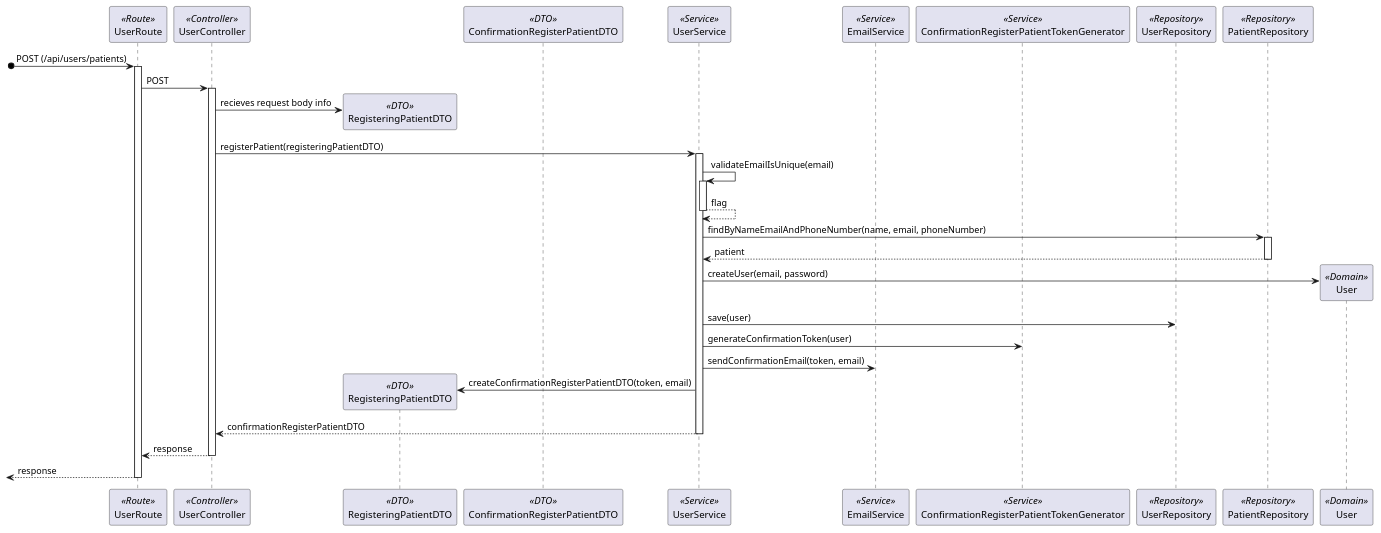
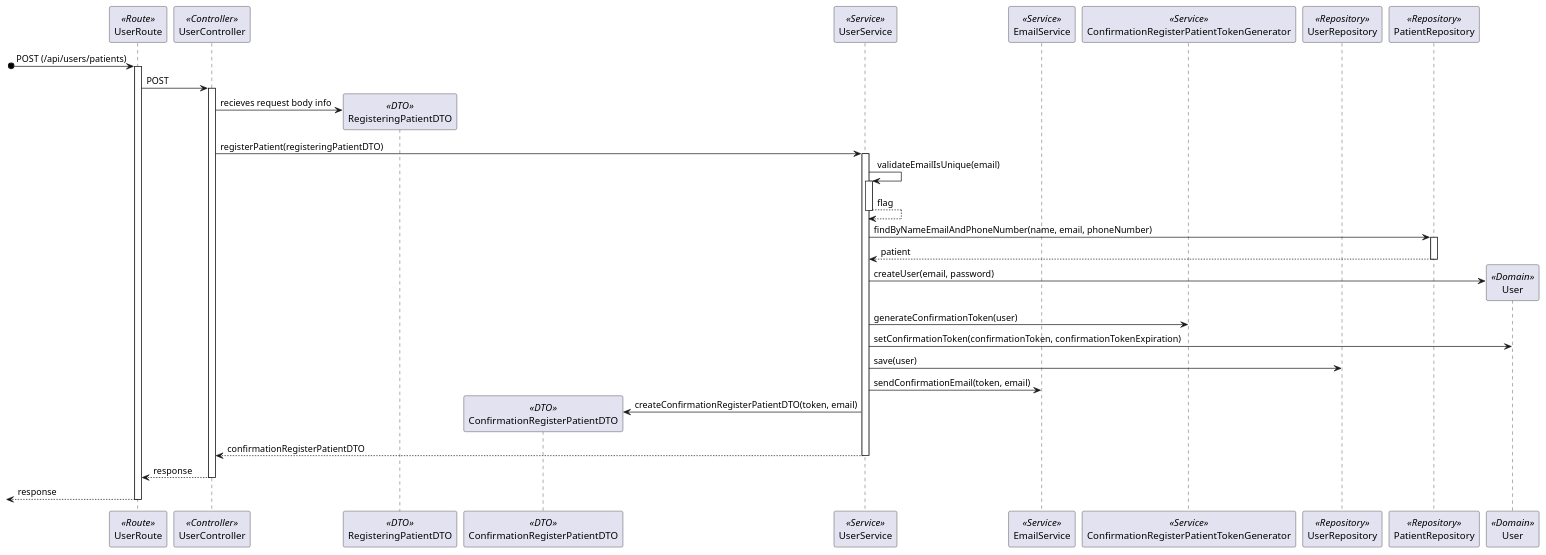
One commit to Rodrick0209/ISEP-SEM5PI-24-25 changed the diagram in docs/Sprint_1/US_5.1.3/L3/Process_View_Prior_Confirmation.puml. Above: the diagram before and after it, drawn with PlantUML. The commit also changed 3 other files, not shown here.

Commit message:
US 5.1.3 Design (Fixed Level 3 Process View Diagrams) #4

```diff
--- a/docs/Sprint_1/US_5.1.3/L3/Process_View_Prior_Confirmation.puml
+++ b/docs/Sprint_1/US_5.1.3/L3/Process_View_Prior_Confirmation.puml
@@ -2,38 +2,39 @@
 @startuml Process_View_Prior_Confirmation
 participant UserRoute as Route <<Route>>
 participant UserController as Controller <<Controller>>
 participant RegisteringPatientDTO as DTO <<DTO>>
 participant ConfirmationRegisterPatientDTO as ConfirmationDTO <<DTO>>
 participant UserService as Service <<Service>>
 participant EmailService as EmailService <<Service>>
 participant ConfirmationRegisterPatientTokenGenerator as TokenGenerator <<Service>>
 participant UserRepository as Repository <<Repository>>
 participant PatientRepository as PatientRepository <<Repository>> 
 participant User as Domain <<Domain>>
 [o-> Route: POST (/api/users/patients)
 activate Route
 Route -> Controller : POST
 activate Controller
 Controller -> DTO** : recieves request body info
 Controller -> Service : registerPatient(registeringPatientDTO)
 activate Service
 Service -> Service : validateEmailIsUnique(email)
 activate Service
 return flag
 Service -> PatientRepository : findByNameEmailAndPhoneNumber(name, email, phoneNumber)
 activate PatientRepository
 return patient
 Service -> Domain** : createUser(email, password)
+Service -> TokenGenerator : generateConfirmationToken(user)
+Service -> Domain : setConfirmationToken(confirmationToken, confirmationTokenExpiration)
 Service -> Repository : save(user)
-Service -> TokenGenerator : generateConfirmationToken(user)
 Service -> EmailService : sendConfirmationEmail(token, email)
-Service -> DTO** : createConfirmationRegisterPatientDTO(token, email)
+Service -> ConfirmationDTO** : createConfirmationRegisterPatientDTO(token, email)
 Service --> Controller : confirmationRegisterPatientDTO
 deactivate Service
 Controller --> Route : response
 deactivate Controller
 <-- Route : response
 deactivate Route
 
 
 @enduml
```
